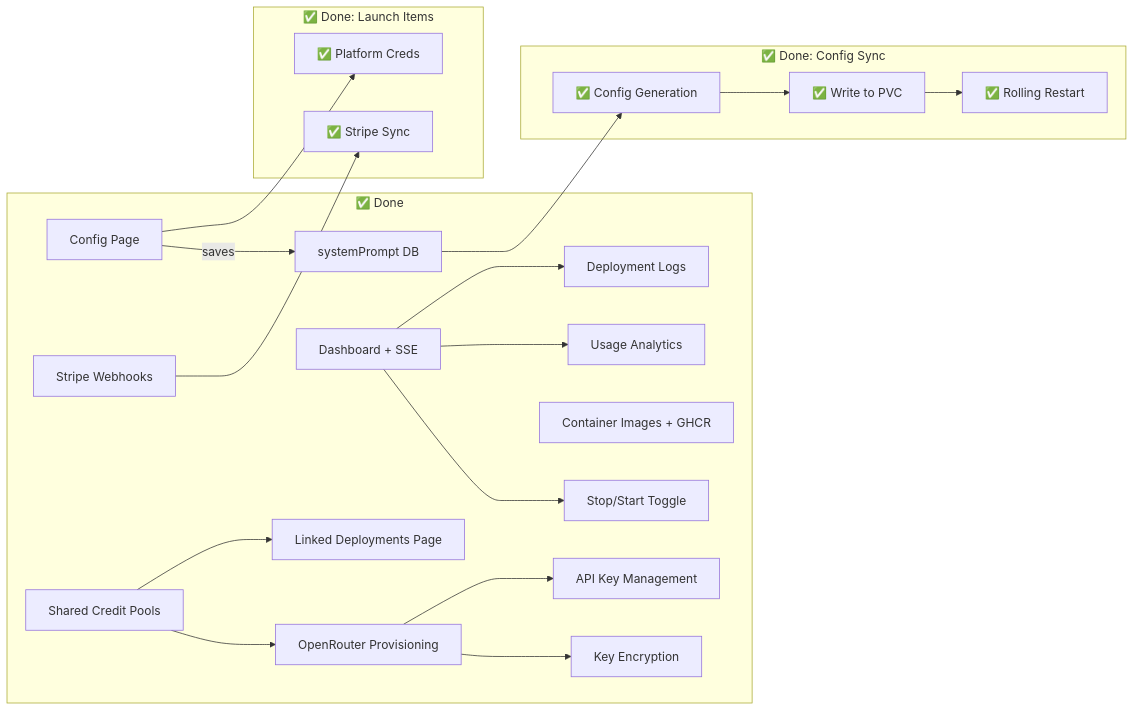
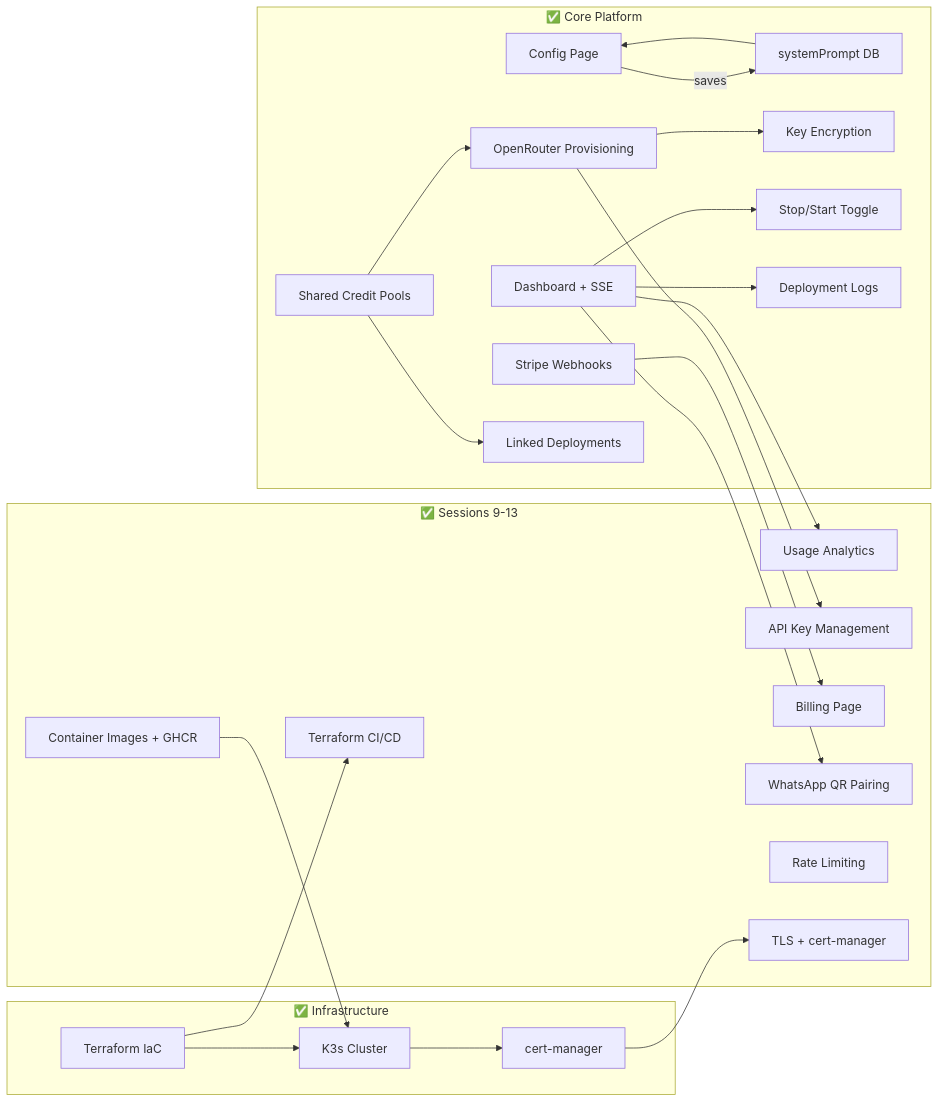
Diagram 18 of 24 in OVERVIEW.md (Bretthb/jarble), drawn with Mermaid before and after one commit. The commit also changed other lines of this file and 1 other file, not shown here.

First line of the commit message:
Update docs with mermaid diagrams and storage architecture (Sessions 9-13)

````diff
--- a/OVERVIEW.md
+++ b/OVERVIEW.md
@@ -926,43 +1145,46 @@
 ```mermaid
 flowchart LR
-    subgraph Done["✅ Done"]
+    subgraph Core["✅ Core Platform"]
         CONFIG["Config Page"]
         SYSPROMPT["systemPrompt DB"]
         STRIPE["Stripe Webhooks"]
         DASH["Dashboard + SSE"]
         CREDITPOOL["Shared Credit Pools"]
         ORPROV["OpenRouter Provisioning"]
         ENCRYPT["Key Encryption"]
-        LINKED["Linked Deployments Page"]
+        LINKED["Linked Deployments"]
         STOPSTART_DEP["Stop/Start Toggle"]
+        LOGS_DEP["Deployment Logs"]
+    end
+
+    subgraph Sessions9to13["✅ Sessions 9-13"]
         GHCR_DEP["Container Images + GHCR"]
         ANALYTICS_DEP["Usage Analytics"]
         KEYMGMT_DEP["API Key Management"]
-        LOGS_DEP["Deployment Logs"]
+        BILLING_DEP["Billing Page"]
+        WHATSAPP_DEP["WhatsApp QR Pairing"]
+        RATELIMIT_DEP["Rate Limiting"]
+        TLS_DEP["TLS + cert-manager"]
+        TFCICD_DEP["Terraform CI/CD"]
     end
 
-    subgraph DoneSync["✅ Done: Config Sync"]
-        SOULMD["✅ Config Generation"]
-        PVCWRITE["✅ Write to PVC"]
-        RESTART["✅ Rolling Restart"]
-    end
-
-    subgraph NeedLaunch["✅ Done: Launch Items"]
-        PLATCREDS["✅ Platform Creds"]
-        STRIPESYNC["✅ Stripe Sync"]
+    subgraph Infra["✅ Infrastructure"]
+        TERRAFORM["Terraform IaC"]
+        K3S["K3s Cluster"]
+        CERTMGR["cert-manager"]
     end
 
     CONFIG -->|saves| SYSPROMPT
-    SYSPROMPT --> SOULMD
-    SOULMD --> PVCWRITE
-    PVCWRITE --> RESTART
-
-    CONFIG --> PLATCREDS
-    STRIPE --> STRIPESYNC
+    SYSPROMPT --> CONFIG
+    STRIPE --> BILLING_DEP
     CREDITPOOL --> ORPROV --> ENCRYPT
     CREDITPOOL --> LINKED
     DASH --> STOPSTART_DEP
+    DASH --> LOGS_DEP
     ORPROV --> KEYMGMT_DEP
     DASH --> ANALYTICS_DEP
-    DASH --> LOGS_DEP
+    DASH --> WHATSAPP_DEP
+    TERRAFORM --> K3S --> CERTMGR --> TLS_DEP
+    TERRAFORM --> TFCICD_DEP
+    GHCR_DEP --> K3S
 ```
````
